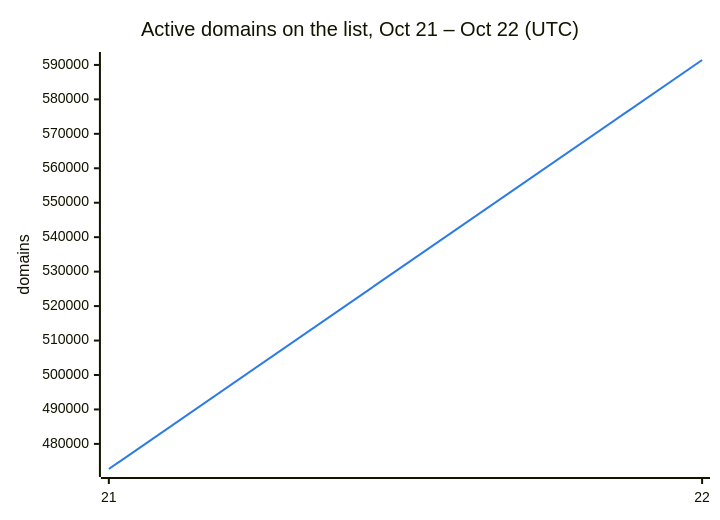
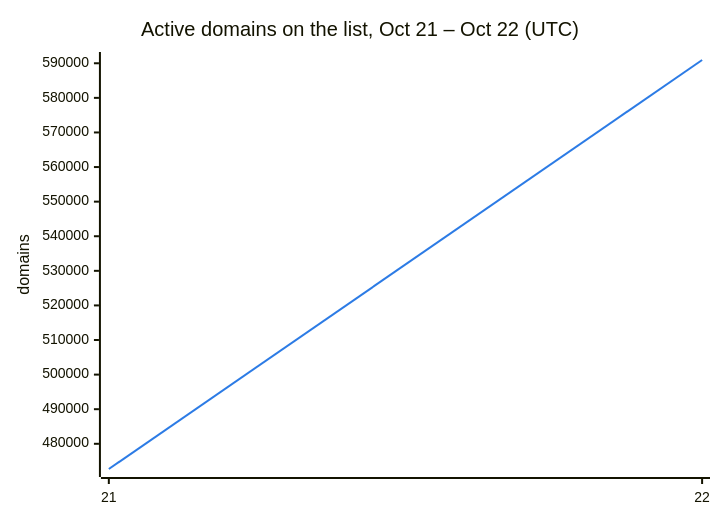
One commit to DNSBunker/CTI changed the second of 3 diagrams in README.md. Above: the diagram before and after it, drawn with Mermaid. The commit also changed other lines of this file and 3 other files, not shown here.

````diff
--- a/README.md
+++ b/README.md
@@ -38,8 +38,8 @@
 ```mermaid
 %%{init: {"themeVariables": {"xyChart": {"plotColorPalette": "#2c7be5"}}}}%%
 xychart-beta
     title "Active domains on the list, Oct 21 – Oct 22 (UTC)"
     x-axis ["21", "22"]
     y-axis "domains"
-    line [472713, 591429]
+    line [472713, 590946]
 ```
````
